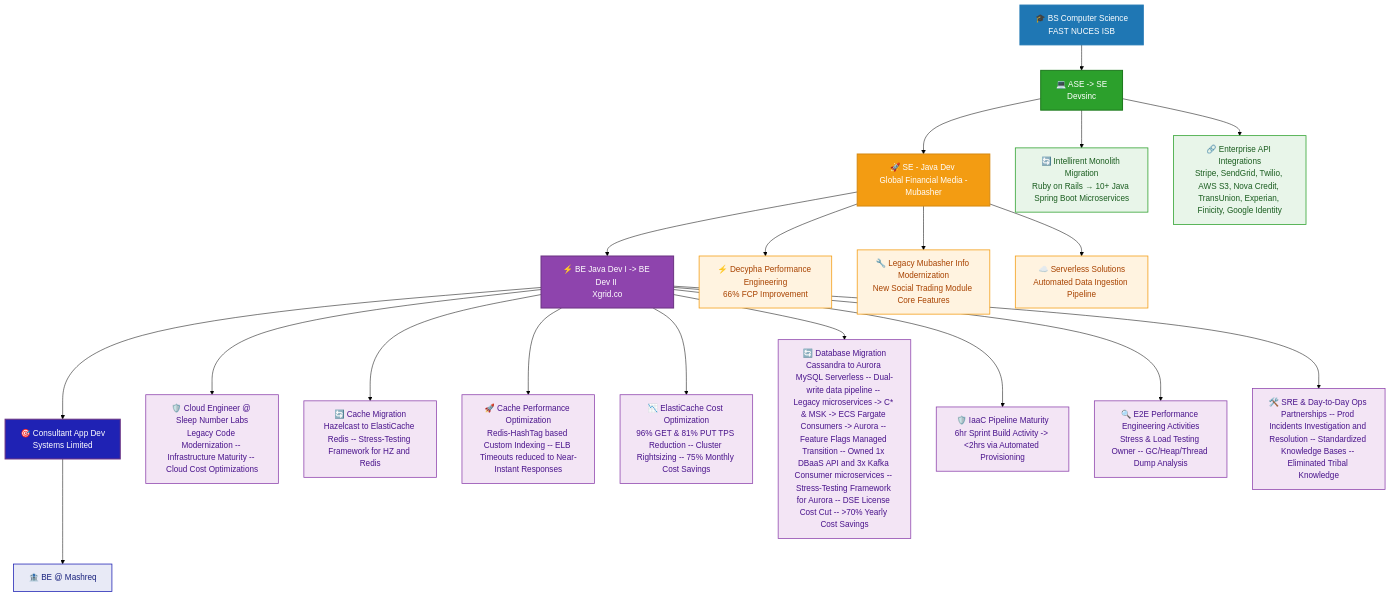
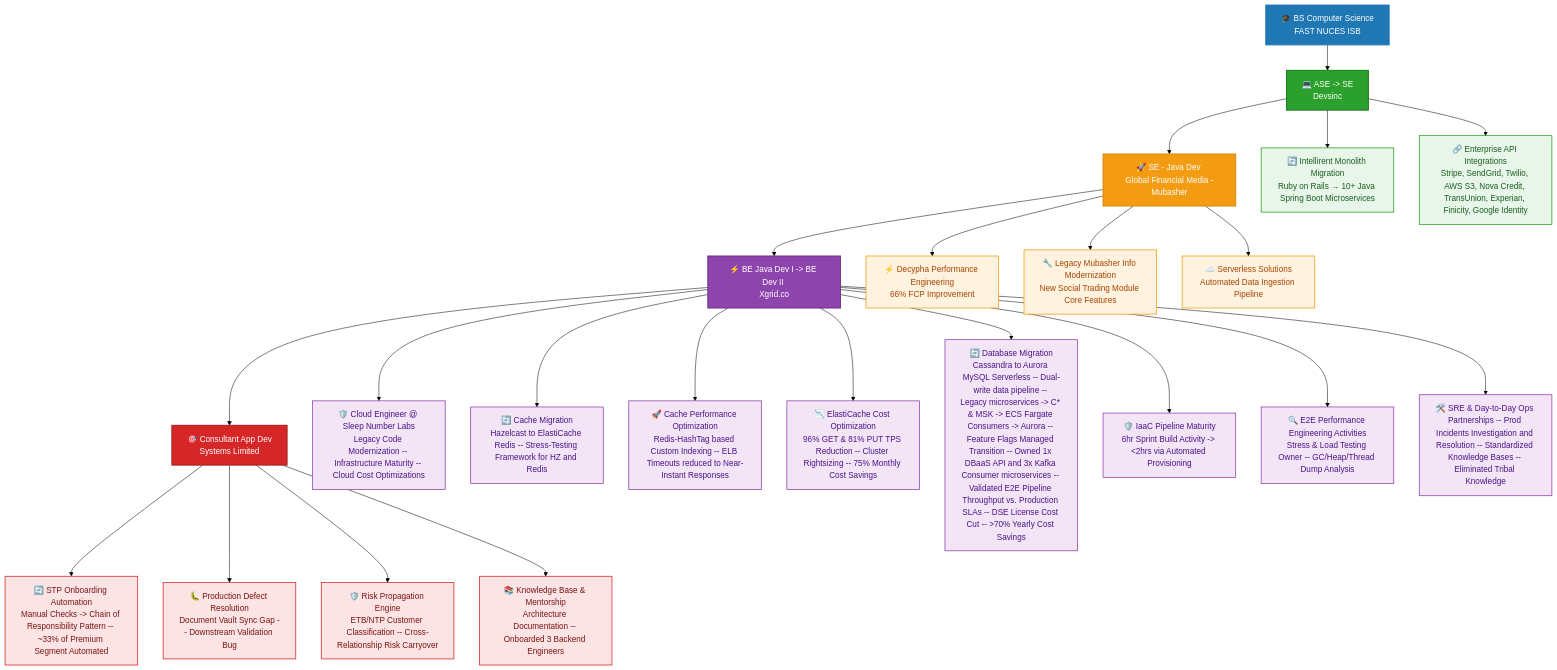
The diagram in README.md (khawaja-abdullah/khawaja-abdullah), drawn with Mermaid (forest theme) before and after one commit. The commit also changed other lines of this file, not shown here.

Commit message:
Update README with new project details and corrections

````diff
--- a/README.md
+++ b/README.md
@@ -194,59 +195,65 @@
 ```mermaid
 flowchart TD
     A[🎓 BS Computer Science<br/>FAST NUCES ISB] --> B[💻 ASE -> SE <br/>Devsinc]
     B --> C[🚀 SE - Java Dev <br/> Global Financial Media - Mubasher]
     C --> D[⚡ BE Java Dev I -> BE Dev II <br/>Xgrid.co]
     D --> E[🎯 Consultant App Dev <br/> Systems Limited]
     
     %% DEVSINC / INTELLIRENT
     B --> B1[🔄 Intellirent Monolith Migration<br/>Ruby on Rails → 10+ Java Spring Boot Microservices]
     B --> B2[🔗 Enterprise API Integrations<br/>Stripe, SendGrid, Twilio, AWS S3, Nova Credit, TransUnion, Experian, Finicity, Google Identity]
     
-    %% GLOBAL FINALICAL MEDIA | MUBASHER / DECYPHA, MUBASHER INFO
+    %% GLOBAL FINANCIAL MEDIA | MUBASHER / DECYPHA, MUBASHER INFO
     C --> C1[⚡ Decypha Performance Engineering<br/>66% FCP Improvement]
     C --> C2[🔧 Legacy Mubasher Info Modernization<br/>New Social Trading Module Core Features]
     C --> C3[☁️ Serverless Solutions<br/>Automated Data Ingestion Pipeline]
     
     %% XGRID / SLEEP NUMBER
     D --> D1[🛡️ Cloud Engineer @ Sleep Number Labs<br/>Legacy Code Modernization -- Infrastructure Maturity -- Cloud Cost Optimizations]
     D --> D2[🔄 Cache Migration<br/>Hazelcast to ElastiCache Redis -- Stress-Testing Framework for HZ and Redis]
     D --> D3[🚀 Cache Performance Optimization<br/>Redis-HashTag based Custom Indexing -- ELB Timeouts reduced to Near-Instant Responses]
     D --> D4[📉 ElastiCache Cost Optimization<br/>96% GET & 81% PUT TPS Reduction -- Cluster Rightsizing -- 75% Monthly Cost Savings]
-    D --> D5[🔄 Database Migration<br/>Cassandra to Aurora MySQL Serverless -- Dual-write data pipeline -- Legacy microservices -> C* & MSK -> ECS Fargate Consumers -> Aurora -- Feature Flags Managed Transition -- Owned 1x DBaaS API and 3x Kafka Consumer microservices -- Stress-Testing Framework for Aurora -- DSE License Cost Cut -- >70% Yearly Cost Savings]
+    D --> D5[🔄 Database Migration<br/>Cassandra to Aurora MySQL Serverless -- Dual-write data pipeline -- Legacy microservices -> C* & MSK -> ECS Fargate Consumers -> Aurora -- Feature Flags Managed Transition -- Owned 1x DBaaS API and 3x Kafka Consumer microservices -- Validated E2E Pipeline Throughput vs. Production SLAs -- DSE License Cost Cut -- >70% Yearly Cost Savings]
     D --> D6[🛡️ IaaC Pipeline Maturity<br/>6hr Sprint Build Activity -> <2hrs via Automated Provisioning]
     D --> D7[🔍 E2E Performance Engineering Activities<br/>Stress & Load Testing Owner -- GC/Heap/Thread Dump Analysis]
     D --> D8[🛠️ SRE & Day-to-Day Ops Partnerships -- Prod Incidents Investigation and Resolution -- Standardized Knowledge Bases -- Eliminated Tribal Knowledge]
 
     %% SYSTEMS / MASHREQ
-    E --> E1[🏦 BE @ Mashreq]
+    E --> E1[🔄 STP Onboarding Automation<br/>Manual Checks -> Chain of Responsibility Pattern -- ~33% of Premium Segment Automated]
+    E --> E2[🐛 Production Defect Resolution<br/>Document Vault Sync Gap -- Downstream Validation Bug]
+    E --> E3[🛡️ Risk Propagation Engine<br/>ETB/NTP Customer Classification -- Cross-Relationship Risk Carryover]
+    E --> E4[📚 Knowledge Base & Mentorship<br/>Architecture Documentation -- Onboarded 3 Backend Engineers]
 
     %% Main Nodes
     style A fill:#1F77B4,stroke:#1F77B4,stroke-width:2px,color:#ffffff
     style B fill:#2CA02C,stroke:#1E7A1E,stroke-width:2px,color:#ffffff
     style C fill:#F39C12,stroke:#D68910,stroke-width:2px,color:#ffffff
     style D fill:#8E44AD,stroke:#6C3483,stroke-width:2px,color:#ffffff
-    style E fill:#1F22B4,stroke:#6C3483,stroke-width:2px,color:#ffffff
+    style E fill:#D62728,stroke:#A52121,stroke-width:2px,color:#ffffff
 
     %% Devsinc Nodes
     style B1 fill:#E8F5E9,stroke:#2CA02C,stroke-width:1.5px,color:#1B5E20
     style B2 fill:#E8F5E9,stroke:#2CA02C,stroke-width:1.5px,color:#1B5E20
 
     %% Mubasher Nodes
     style C1 fill:#FFF3E0,stroke:#F39C12,stroke-width:1.5px,color:#A84300
     style C2 fill:#FFF3E0,stroke:#F39C12,stroke-width:1.5px,color:#A84300
     style C3 fill:#FFF3E0,stroke:#F39C12,stroke-width:1.5px,color:#A84300
 
     %% Xgrid Nodes
     style D1 fill:#F3E5F5,stroke:#8E44AD,stroke-width:1.5px,color:#4A148C
     style D2 fill:#F3E5F5,stroke:#8E44AD,stroke-width:1.5px,color:#4A148C
     style D3 fill:#F3E5F5,stroke:#8E44AD,stroke-width:1.5px,color:#4A148C
     style D4 fill:#F3E5F5,stroke:#8E44AD,stroke-width:1.5px,color:#4A148C
     style D5 fill:#F3E5F5,stroke:#8E44AD,stroke-width:1.5px,color:#4A148C
     style D6 fill:#F3E5F5,stroke:#8E44AD,stroke-width:1.5px,color:#4A148C
     style D7 fill:#F3E5F5,stroke:#8E44AD,stroke-width:1.5px,color:#4A148C
     style D8 fill:#F3E5F5,stroke:#8E44AD,stroke-width:1.5px,color:#4A148C
 
-    %% Xgrid Nodes
-    style E1 fill:#E8EAF6,stroke:#1F22B4,stroke-width:1.5px,color:#1A237E
+    %% Systems / UAE Digital Bank Nodes
+    style E1 fill:#FCE4E4,stroke:#D62728,stroke-width:1.5px,color:#7A1414
+    style E2 fill:#FCE4E4,stroke:#D62728,stroke-width:1.5px,color:#7A1414
+    style E3 fill:#FCE4E4,stroke:#D62728,stroke-width:1.5px,color:#7A1414
+    style E4 fill:#FCE4E4,stroke:#D62728,stroke-width:1.5px,color:#7A1414
 
 ```
````
